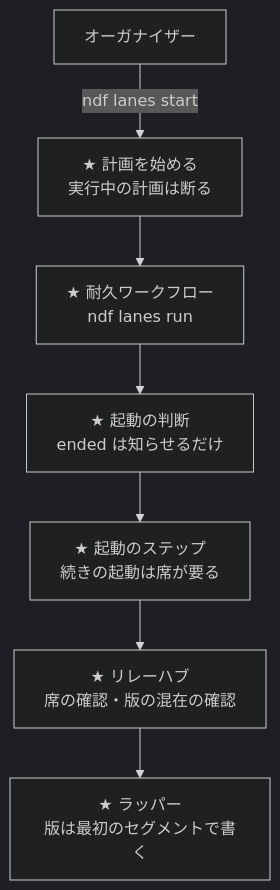
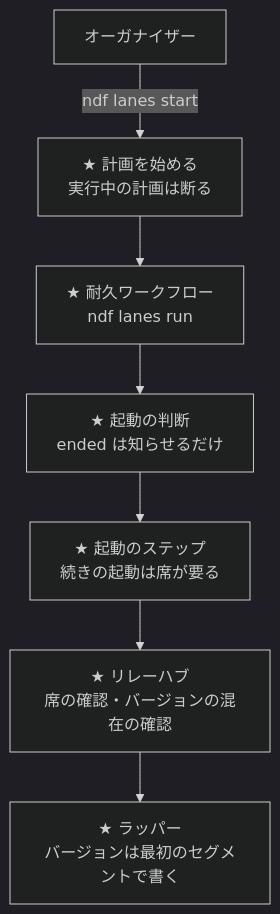
Before and after one commit to devbasex/ai-plugins: the first of 5 diagrams in issues/issue-4575-design.md, drawn with Mermaid (dark theme). The commit also changed other lines of this file, not shown here.

````diff
--- a/issues/issue-4575-design.md
+++ b/issues/issue-4575-design.md
@@ -11,9 +11,9 @@
 ```mermaid
 graph TD
   O[オーガナイザー] -->|ndf lanes start| S["★ 計画を始める<br/>実行中の計画は断る"]
   S --> R["★ 耐久ワークフロー<br/>ndf lanes run"]
   R --> J["★ 起動の判断<br/>ended は知らせるだけ"]
   J --> L["★ 起動のステップ<br/>続きの起動は席が要る"]
-  L --> H["★ リレーハブ<br/>席の確認・版の混在の確認"]
-  H --> W["★ ラッパー<br/>版は最初のセグメントで書く"]
+  L --> H["★ リレーハブ<br/>席の確認・バージョンの混在の確認"]
+  H --> W["★ ラッパー<br/>バージョンは最初のセグメントで書く"]
 ```
````
